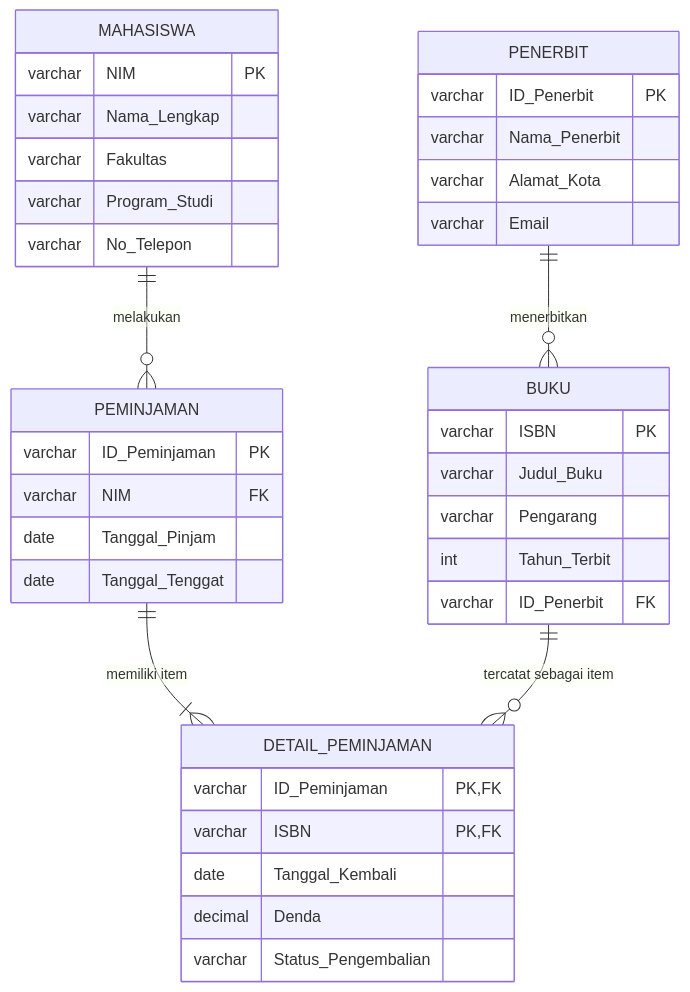
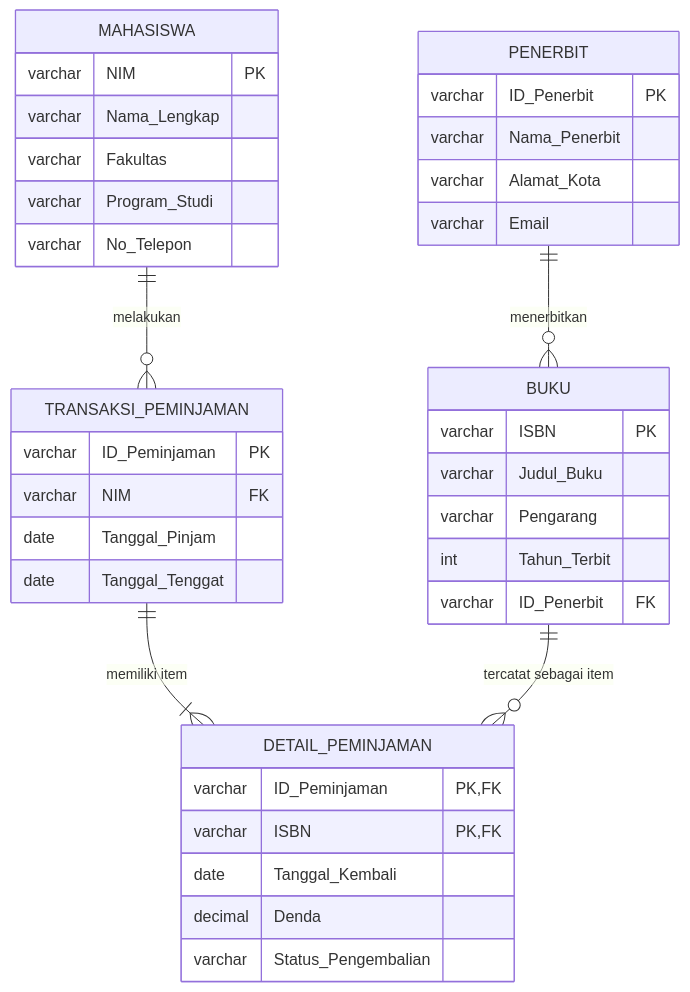
One commit to AdinRafi/Pemrograman-Web-B changed the diagram in Tugas 6/06-tugas-pemodelan-database.md. Above: the diagram before and after it, drawn with Mermaid. The commit also changed other lines of this file, not shown here.

Commit message:
Perbaikan Diagram ERD

````diff
--- a/Tugas 6/06-tugas-pemodelan-database.md
+++ b/Tugas 6/06-tugas-pemodelan-database.md
@@ -52,45 +52,45 @@
 ```mermaid
 erDiagram
-    MAHASISWA ||--o{ PEMINJAMAN : "melakukan"
+    MAHASISWA ||--o{ TRANSAKSI_PEMINJAMAN : "melakukan"
     PENERBIT ||--o{ BUKU : "menerbitkan"
-    PEMINJAMAN ||--|{ DETAIL_PEMINJAMAN : "memiliki item"
+    TRANSAKSI_PEMINJAMAN ||--|{ DETAIL_PEMINJAMAN : "memiliki item"
     BUKU ||--o{ DETAIL_PEMINJAMAN : "tercatat sebagai item"
 
     MAHASISWA {
         varchar NIM PK
         varchar Nama_Lengkap
         varchar Fakultas
         varchar Program_Studi
         varchar No_Telepon
     }
 
     PENERBIT {
         varchar ID_Penerbit PK
         varchar Nama_Penerbit
         varchar Alamat_Kota
         varchar Email
     }
 
     BUKU {
         varchar ISBN PK
         varchar Judul_Buku
         varchar Pengarang
         int Tahun_Terbit
         varchar ID_Penerbit FK
     }
 
-    PEMINJAMAN {
+    TRANSAKSI_PEMINJAMAN {
         varchar ID_Peminjaman PK
         varchar NIM FK
         date Tanggal_Pinjam
         date Tanggal_Tenggat
     }
 
     DETAIL_PEMINJAMAN {
         varchar ID_Peminjaman PK,FK
         varchar ISBN PK,FK
         date Tanggal_Kembali
         decimal Denda
         varchar Status_Pengembalian
     }
 ```
````
